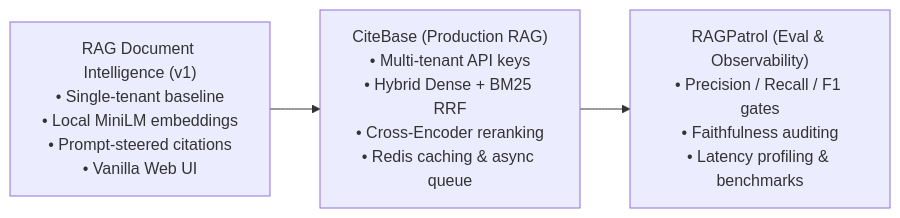
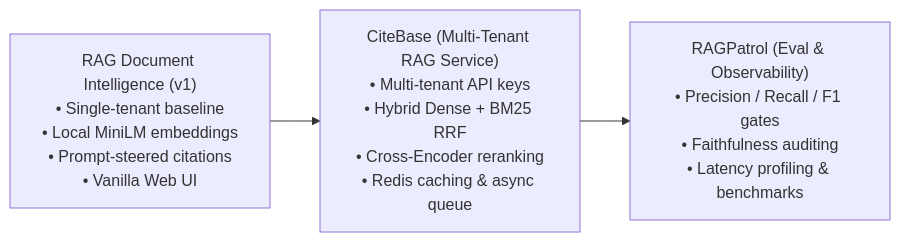
The first of 2 diagrams in README.md (GurutejaReddy-04/rag-document-intelligence), drawn with Mermaid before and after one commit. The commit also changed other lines of this file, not shown here.

Commit message:
docs: clarify v1-to-CiteBase architectural evolution

````diff
--- a/README.md
+++ b/README.md
@@ -19,6 +19,6 @@
 ```mermaid
 flowchart LR
     V1["RAG Document Intelligence (v1)<br/>• Single-tenant baseline<br/>• Local MiniLM embeddings<br/>• Prompt-steered citations<br/>• Vanilla Web UI"]
-    --> CiteBase["CiteBase (Production RAG)<br/>• Multi-tenant API keys<br/>• Hybrid Dense + BM25 RRF<br/>• Cross-Encoder reranking<br/>• Redis caching & async queue"]
+    --> CiteBase["CiteBase (Multi-Tenant RAG Service)<br/>• Multi-tenant API keys<br/>• Hybrid Dense + BM25 RRF<br/>• Cross-Encoder reranking<br/>• Redis caching & async queue"]
     --> RAGPatrol["RAGPatrol (Eval & Observability)<br/>• Precision / Recall / F1 gates<br/>• Faithfulness auditing<br/>• Latency profiling & benchmarks"]
 ```
````
